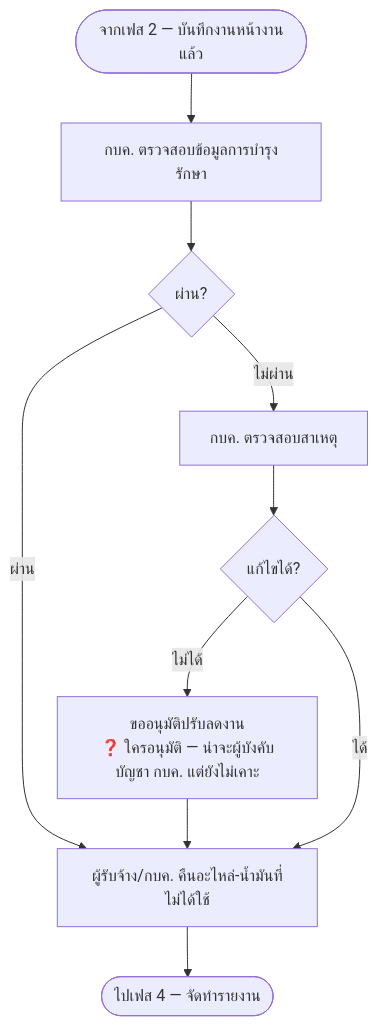
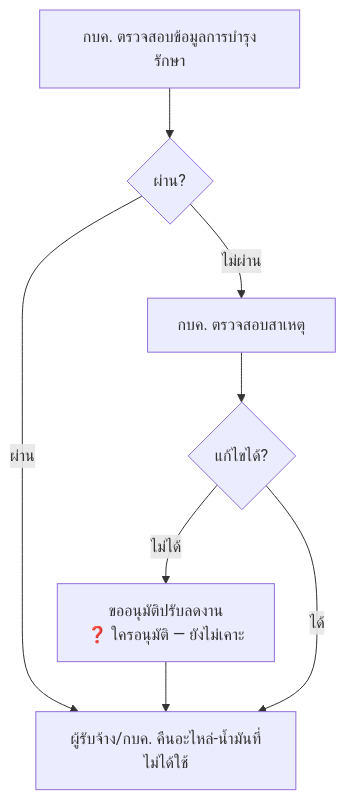
Before and after one commit to anugmail/Maintenance-Request-Form: the second of 2 diagrams in Diagram/01-บำรุงรักษาตามวาระ/04-เฟส3-ตรวจรับ.md, drawn with Mermaid. The commit also changed other lines of this file and 14 other files, not shown here.

````diff
--- a/Diagram/01-บำรุงรักษาตามวาระ/04-เฟส3-ตรวจรับ.md
+++ b/Diagram/01-บำรุงรักษาตามวาระ/04-เฟส3-ตรวจรับ.md
@@ -8,12 +74,10 @@
 ```mermaid
 flowchart TB
-    S([จากเฟส 2 — บันทึกงานหน้างานแล้ว]) --> A[กบค. ตรวจสอบข้อมูลการบำรุงรักษา]
-    A --> D{ผ่าน?}
+    A[กบค. ตรวจสอบข้อมูลการบำรุงรักษา] --> D{ผ่าน?}
     D -->|ไม่ผ่าน| E[กบค. ตรวจสอบสาเหตุ]
     E --> F{แก้ไขได้?}
-    F -->|ไม่ได้| G["ขออนุมัติปรับลดงาน<br/>❓ ใครอนุมัติ — น่าจะผู้บังคับบัญชา กบค. แต่ยังไม่เคาะ"]
+    F -->|ไม่ได้| G["ขออนุมัติปรับลดงาน<br/>❓ ใครอนุมัติ — ยังไม่เคาะ"]
     D -->|ผ่าน| H[ผู้รับจ้าง/กบค. คืนอะไหล่-น้ำมันที่ไม่ได้ใช้]
     G --> H
     F -->|ได้| H
-    H --> Z([ไปเฟส 4 — จัดทำรายงาน])
 ```
````
